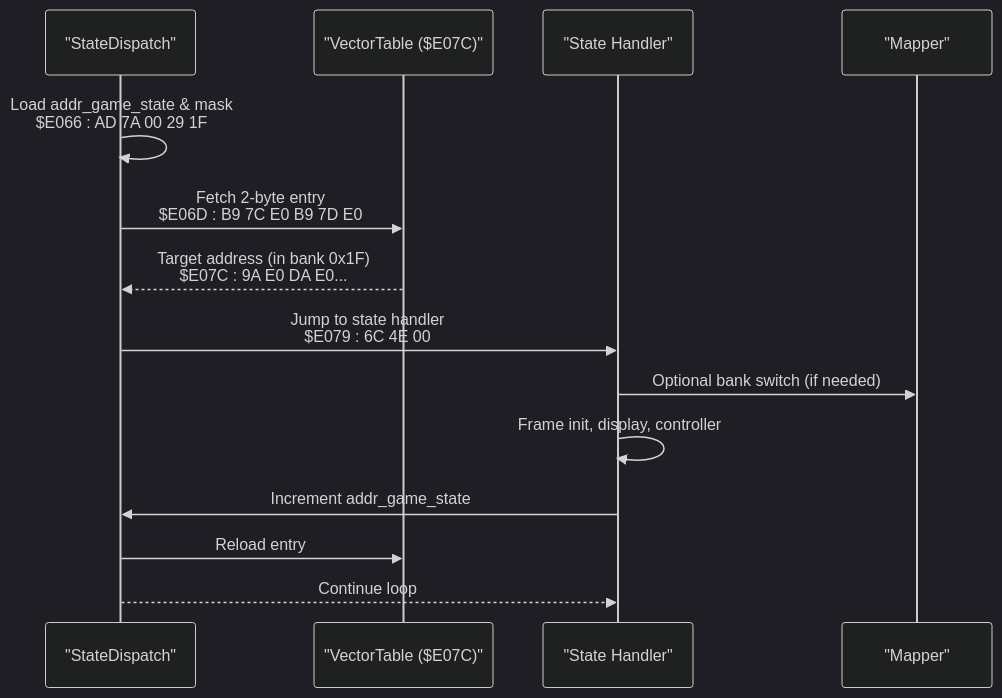
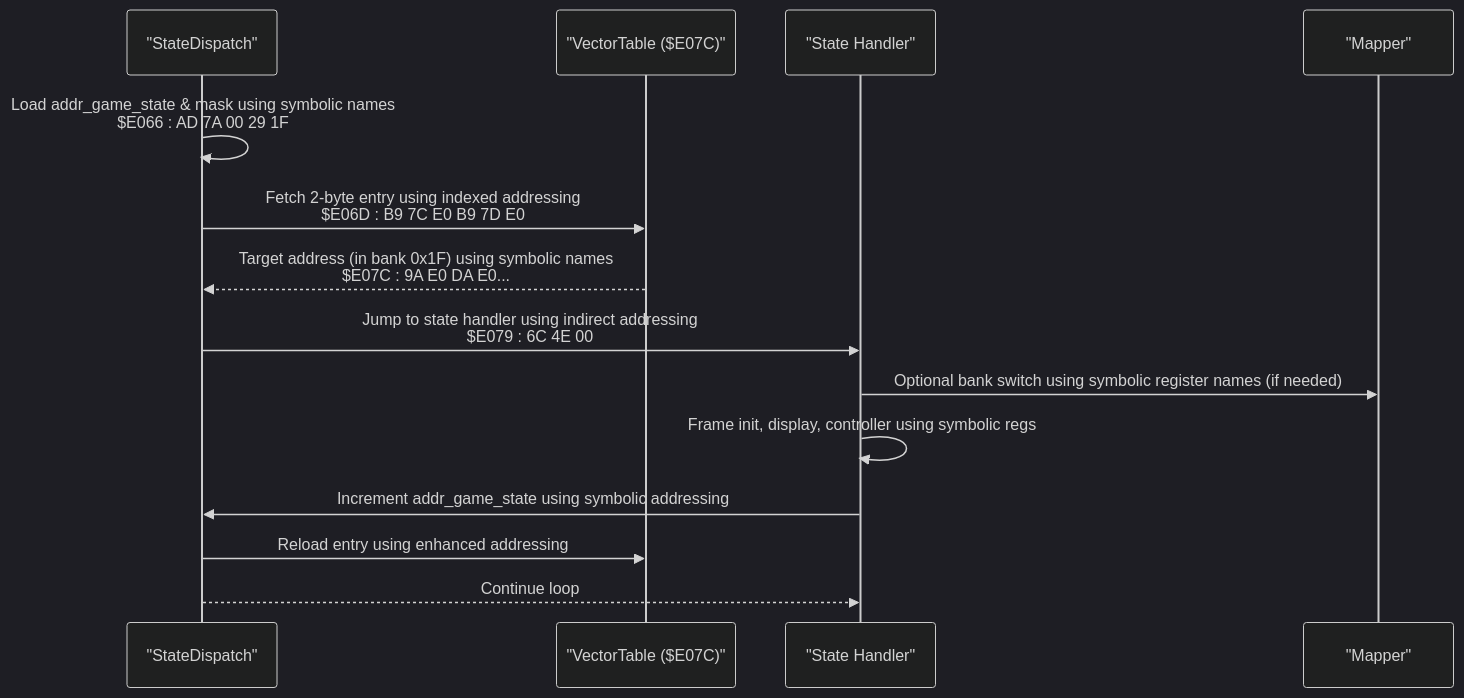
Before and after one commit to rabbyzero/sango2dasm: the fifth of 9 diagrams in .qoder/repowiki/en/content/Assembly Architecture/Assembly Architecture.md, drawn with Mermaid (dark theme). The commit also changed other lines of this file and 23 other files, not shown here.

````diff
--- a/.qoder/repowiki/en/content/Assembly Architecture/Assembly Architecture.md
+++ b/.qoder/repowiki/en/content/Assembly Architecture/Assembly Architecture.md
@@ -219,16 +219,16 @@
 ```mermaid
 sequenceDiagram
 participant DIS as "StateDispatch"
 participant VT as "VectorTable ($E07C)"
 participant SH as "State Handler"
 participant MAP as "Mapper"
-DIS->>DIS : Load addr_game_state & mask<br/>$E066 : AD 7A 00 29 1F
-DIS->>VT : Fetch 2-byte entry<br/>$E06D : B9 7C E0 B9 7D E0
-VT-->>DIS : Target address (in bank 0x1F)<br/>$E07C : 9A E0 DA E0...
-DIS->>SH : Jump to state handler<br/>$E079 : 6C 4E 00
-SH->>MAP : Optional bank switch (if needed)
-SH->>SH : Frame init, display, controller
-SH->>DIS : Increment addr_game_state
-DIS->>VT : Reload entry
+DIS->>DIS : Load addr_game_state & mask using symbolic names<br/>$E066 : AD 7A 00 29 1F
+DIS->>VT : Fetch 2-byte entry using indexed addressing<br/>$E06D : B9 7C E0 B9 7D E0
+VT-->>DIS : Target address (in bank 0x1F) using symbolic names<br/>$E07C : 9A E0 DA E0...
+DIS->>SH : Jump to state handler using indirect addressing<br/>$E079 : 6C 4E 00
+SH->>MAP : Optional bank switch using symbolic register names (if needed)
+SH->>SH : Frame init, display, controller using symbolic regs
+SH->>DIS : Increment addr_game_state using symbolic addressing
+DIS->>VT : Reload entry using enhanced addressing
 DIS-->>SH : Continue loop
 ```
````
